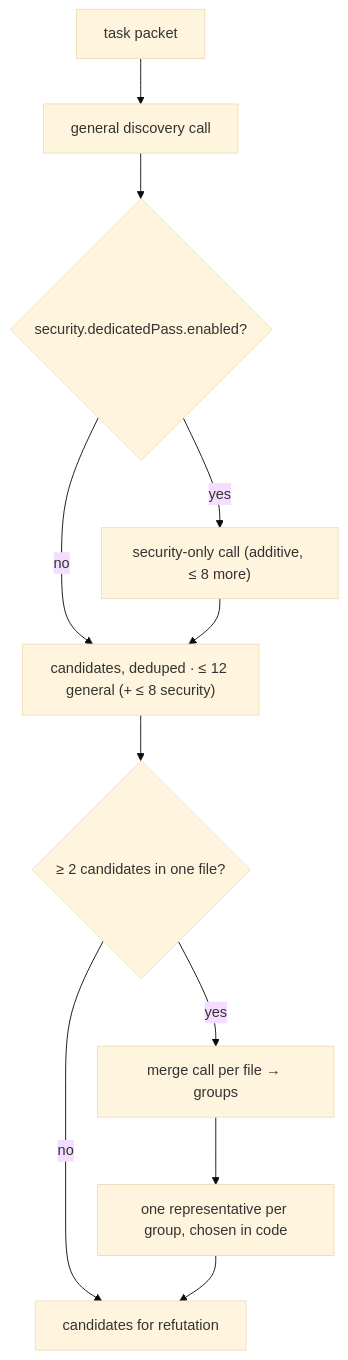
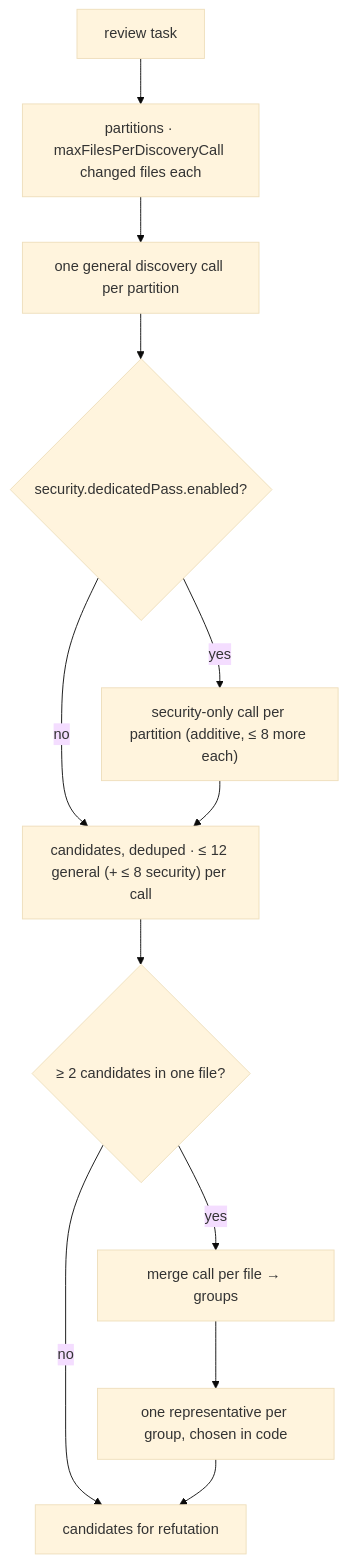
The diagram in docs/03-concepts/pipeline/04-holistic-discovery.md (sebastianwessel/codereviewer), drawn with Mermaid (base theme) before and after one commit. The commit also changed other lines of this file and 43 other files, not shown here.

````diff
--- a/docs/03-concepts/pipeline/04-holistic-discovery.md
+++ b/docs/03-concepts/pipeline/04-holistic-discovery.md
@@ -142,13 +160,14 @@
 ```mermaid
 flowchart TD
-  P["task packet"] --> G["general discovery call"]
+  T["review task"] --> P["partitions · maxFilesPerDiscoveryCall changed files each"]
+  P --> G["one general discovery call per partition"]
   G --> SE{"security.dedicatedPass.enabled?"}
-  SE -- yes --> SP["security-only call (additive, ≤ 8 more)"]
-  SE -- no --> C["candidates, deduped · ≤ 12 general (+ ≤ 8 security)"]
+  SE -- yes --> SP["security-only call per partition (additive, ≤ 8 more each)"]
+  SE -- no --> C["candidates, deduped · ≤ 12 general (+ ≤ 8 security) per call"]
   SP --> C
   C --> M{"≥ 2 candidates in one file?"}
   M -- no --> O["candidates for refutation"]
   M -- yes --> MM["merge call per file → groups"]
   MM --> R["one representative per group, chosen in code"]
   R --> O
 ```
````
